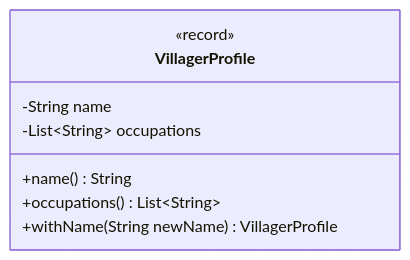
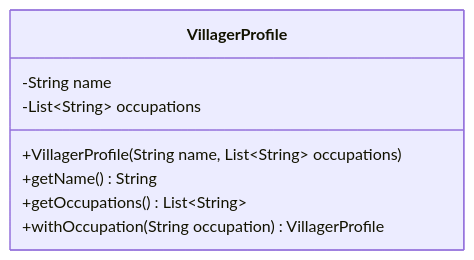
Before and after one commit to cesarfrancoe/OOPConcepts: the diagram in ModernOOP/Immutability.md, drawn with Mermaid. The commit also changed other lines of this file, not shown here.

````diff
--- a/ModernOOP/Immutability.md
+++ b/ModernOOP/Immutability.md
@@ -100,11 +134,11 @@
 ```mermaid
 classDiagram
     class VillagerProfile {
-        <<record>>
         -String name
         -List~String~ occupations
-        +name() String
-        +occupations() List~String~
-        +withName(String newName) VillagerProfile
+        +VillagerProfile(String name, List~String~ occupations)
+        +getName() String
+        +getOccupations() List~String~
+        +withOccupation(String occupation) VillagerProfile
     }
 ```
````
